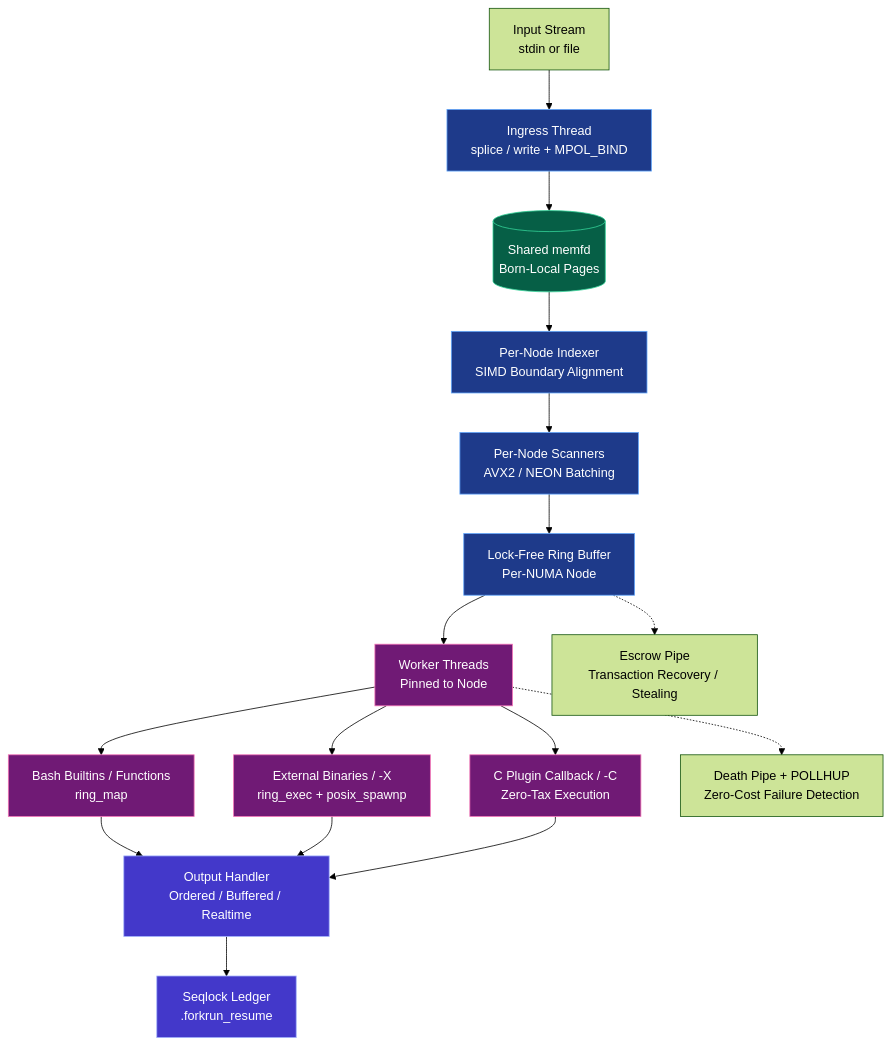
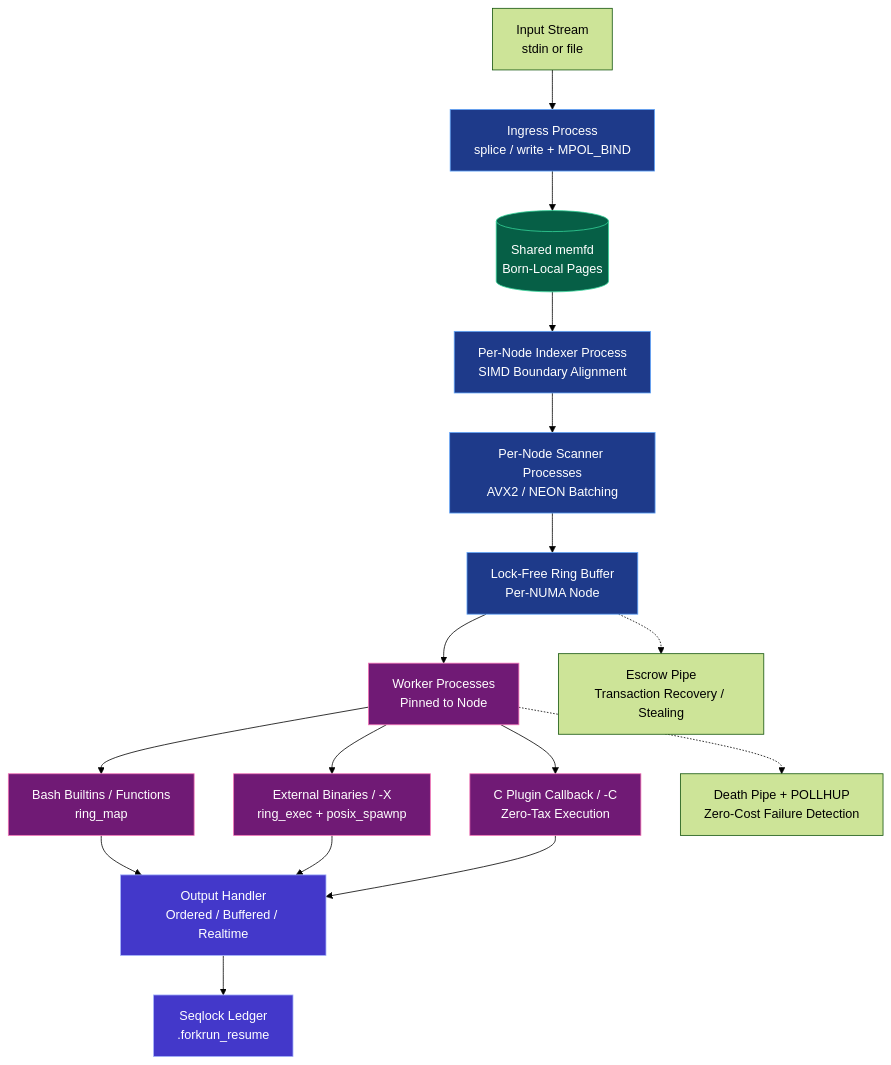
One commit to jkool702/forkrun changed the diagram in DOCS/ARCHITECTURE.md. Above: the diagram before and after it, drawn with Mermaid (forest theme). The commit also changed other lines of this file and 9 other files, not shown here.

````diff
--- a/DOCS/ARCHITECTURE.md
+++ b/DOCS/ARCHITECTURE.md
@@ -19,33 +19,33 @@
 ```mermaid
 flowchart TD
     Input[Input Stream\nstdin or file] 
-    --> Ingest[Ingress Thread\nsplice / write + MPOL_BIND]
+    --> Ingest[Ingress Process\nsplice / write + MPOL_BIND]
 
     Ingest --> Memfd[(Shared memfd\nBorn-Local Pages)]
 
-    Memfd --> Indexer[Per-Node Indexer\nSIMD Boundary Alignment]
-    Indexer --> Scanner[Per-Node Scanners\nAVX2 / NEON Batching]
+    Memfd --> Indexer[Per-Node Indexer Process\nSIMD Boundary Alignment]
+    Indexer --> Scanner[Per-Node Scanner Processes\nAVX2 / NEON Batching]
 
     Scanner --> Ring[Lock-Free Ring Buffer\nPer-NUMA Node]
-    Ring --> Workers[Worker Threads\nPinned to Node]
+    Ring --> Workers[Worker Processes\nPinned to Node]
 
     Workers --> Backend1[Bash Builtins / Functions\nring_map]
     Workers --> Backend2[External Binaries / -X\nring_exec + posix_spawnp]
     Workers --> Backend3[C Plugin Callback / -C\nZero-Tax Execution]
 
     Backend1 & Backend2 & Backend3 --> Output[Output Handler\nOrdered / Buffered / Realtime]
     Output --> Checkpoint[Seqlock Ledger\n.forkrun_resume]
 
     Ring -.-> Escrow[Escrow Pipe\nTransaction Recovery / Stealing]
     Workers -.-> DeathPipe[Death Pipe + POLLHUP\nZero-Cost Failure Detection]
 
     classDef core fill:#1e3a8a,stroke:#60a5fa,color:white
     classDef memory fill:#065f46,stroke:#34d399,color:white
     classDef path fill:#701a75,stroke:#f472b6,color:white
     classDef output fill:#4338ca,stroke:#a5b4fc,color:white
 
     class Ingest,Indexer,Scanner,Ring core
     class Memfd memory
     class Workers,Backend1,Backend2,Backend3 path
     class Output,Checkpoint output
 ```
````
